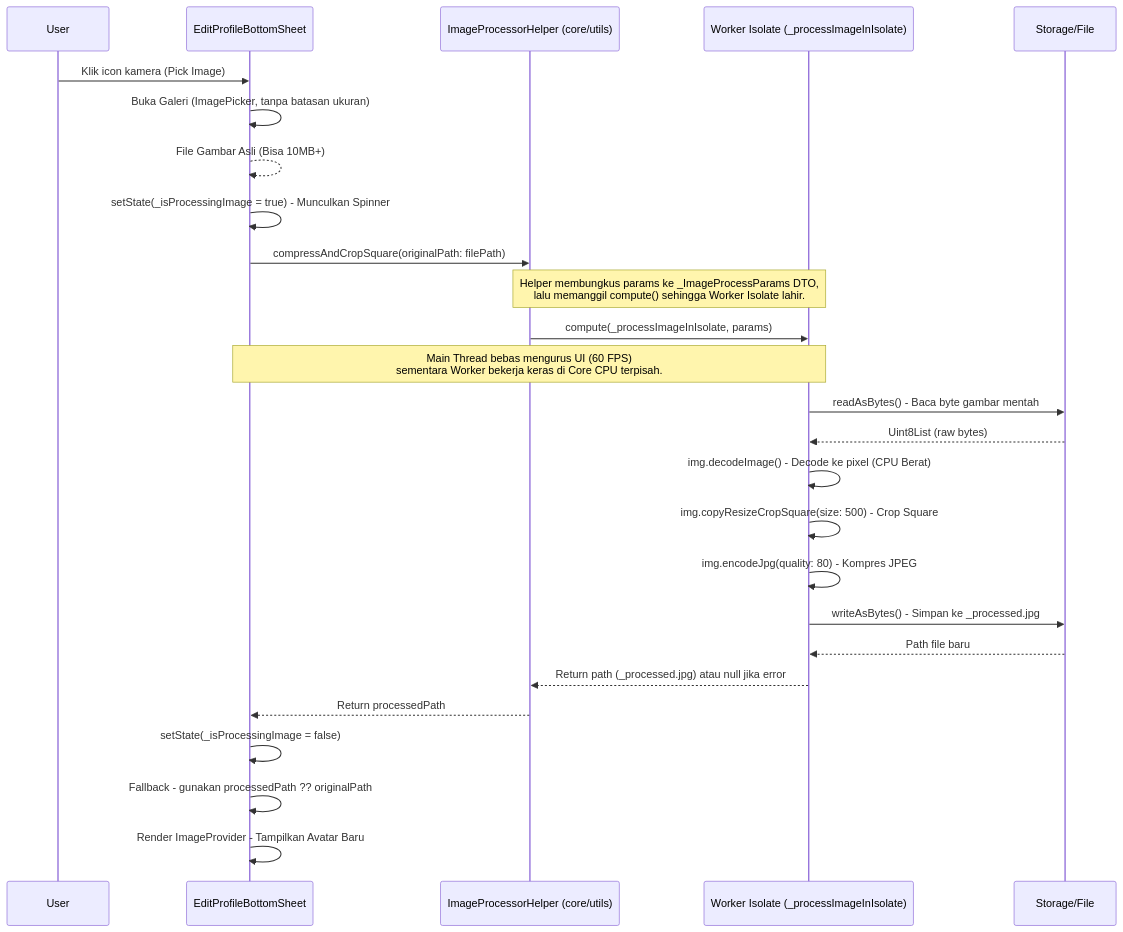
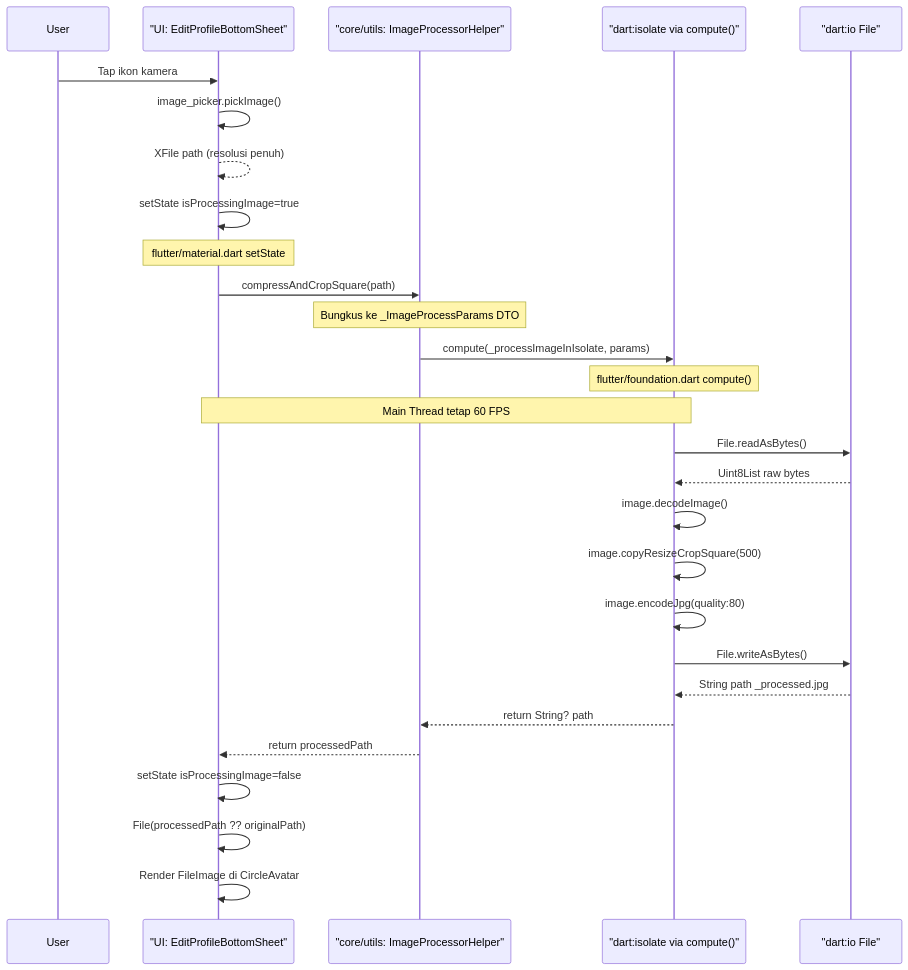
Before and after one commit to nunutech40/news-app-flutter: the first of 3 diagrams in docs/features/update_profile.md, drawn with Mermaid. The commit also changed other lines of this file, not shown here.

Commit message:
docs: improve diagram readability - shorter labels, explicit tech names in flowchart & sequence

````diff
--- a/docs/features/update_profile.md
+++ b/docs/features/update_profile.md
@@ -48,36 +48,36 @@
 ```mermaid
 sequenceDiagram
     participant User
-    participant UI as EditProfileBottomSheet
-    participant Helper as ImageProcessorHelper (core/utils)
-    participant Worker as Worker Isolate (_processImageInIsolate)
-    participant Disk as Storage/File
+    participant UI as "UI: EditProfileBottomSheet"
+    participant Helper as "core/utils: ImageProcessorHelper"
+    participant Worker as "dart:isolate via compute()"
+    participant Disk as "dart:io File"
 
-    User->>UI: Klik icon kamera (Pick Image)
-    UI->>UI: Buka Galeri (ImagePicker, tanpa batasan ukuran)
-    UI-->>UI: File Gambar Asli (Bisa 10MB+)
-    
-    UI->>UI: setState(_isProcessingImage = true) - Munculkan Spinner
-    UI->>Helper: compressAndCropSquare(originalPath: filePath)
-    
-    Note over Helper,Worker: Helper membungkus params ke _ImageProcessParams DTO,<br/>lalu memanggil compute() sehingga Worker Isolate lahir.
-    
+    User->>UI: Tap ikon kamera
+    UI->>UI: image_picker.pickImage()
+    UI-->>UI: XFile path (resolusi penuh)
+
+    UI->>UI: setState isProcessingImage=true
+    Note over UI: flutter/material.dart setState
+    UI->>Helper: compressAndCropSquare(path)
+    Note over Helper: Bungkus ke _ImageProcessParams DTO
+
     Helper->>Worker: compute(_processImageInIsolate, params)
-    
-    Note over UI,Worker: Main Thread bebas mengurus UI (60 FPS)<br/>sementara Worker bekerja keras di Core CPU terpisah.
+    Note over Worker: flutter/foundation.dart compute()
+    Note over UI,Worker: Main Thread tetap 60 FPS
 
-    Worker->>Disk: readAsBytes() - Baca byte gambar mentah
-    Disk-->>Worker: Uint8List (raw bytes)
-    Worker->>Worker: img.decodeImage() - Decode ke pixel (CPU Berat)
-    Worker->>Worker: img.copyResizeCropSquare(size: 500) - Crop Square
-    Worker->>Worker: img.encodeJpg(quality: 80) - Kompres JPEG
-    Worker->>Disk: writeAsBytes() - Simpan ke _processed.jpg
-    Disk-->>Worker: Path file baru
-    
-    Worker-->>Helper: Return path (_processed.jpg) atau null jika error
-    Helper-->>UI: Return processedPath
-    
-    UI->>UI: setState(_isProcessingImage = false)
-    UI->>UI: Fallback - gunakan processedPath ?? originalPath
-    UI->>UI: Render ImageProvider - Tampilkan Avatar Baru
+    Worker->>Disk: File.readAsBytes()
+    Disk-->>Worker: Uint8List raw bytes
+    Worker->>Worker: image.decodeImage()
+    Worker->>Worker: image.copyResizeCropSquare(500)
+    Worker->>Worker: image.encodeJpg(quality:80)
+    Worker->>Disk: File.writeAsBytes()
+    Disk-->>Worker: String path _processed.jpg
+
+    Worker-->>Helper: return String? path
+    Helper-->>UI: return processedPath
+
+    UI->>UI: setState isProcessingImage=false
+    UI->>UI: File(processedPath ?? originalPath)
+    UI->>UI: Render FileImage di CircleAvatar
 ```
````
